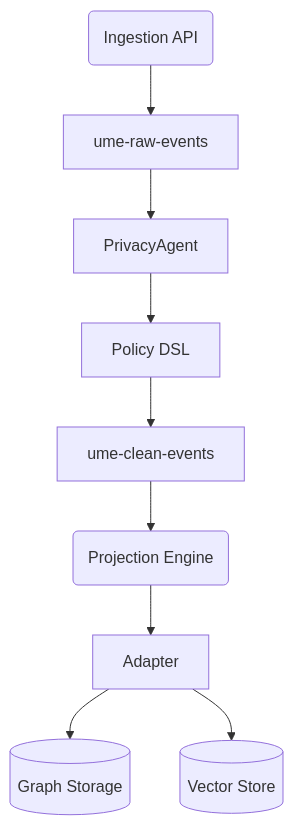
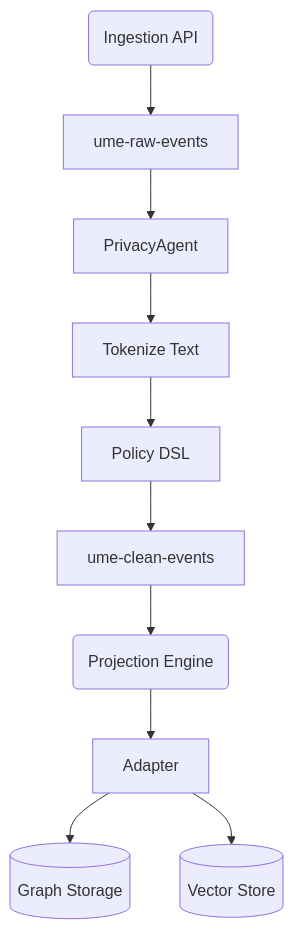
Before and after one commit to d0tTino/UME: the fourth of 6 diagrams in docs/ARCHITECTURE_OVERVIEW.md, drawn with Mermaid. The commit also changed other lines of this file and 1 other file, not shown here.

````diff
--- a/docs/ARCHITECTURE_OVERVIEW.md
+++ b/docs/ARCHITECTURE_OVERVIEW.md
@@ -82,11 +82,12 @@
 ```mermaid
 graph TD
     Ingest(Ingestion API) --> RawEvents[ume-raw-events]
     RawEvents --> PrivacyAgent
-    PrivacyAgent --> PolicyDSL[Policy DSL]
+    PrivacyAgent --> Tokenize[Tokenize Text]
+    Tokenize --> PolicyDSL[Policy DSL]
     PolicyDSL --> CleanEvents[ume-clean-events]
     CleanEvents --> Projection(Projection Engine)
     Projection --> Adapter
     Adapter --> GraphDB[(Graph Storage)]
     Adapter --> VectorStore[(Vector Store)]
 ```
````
